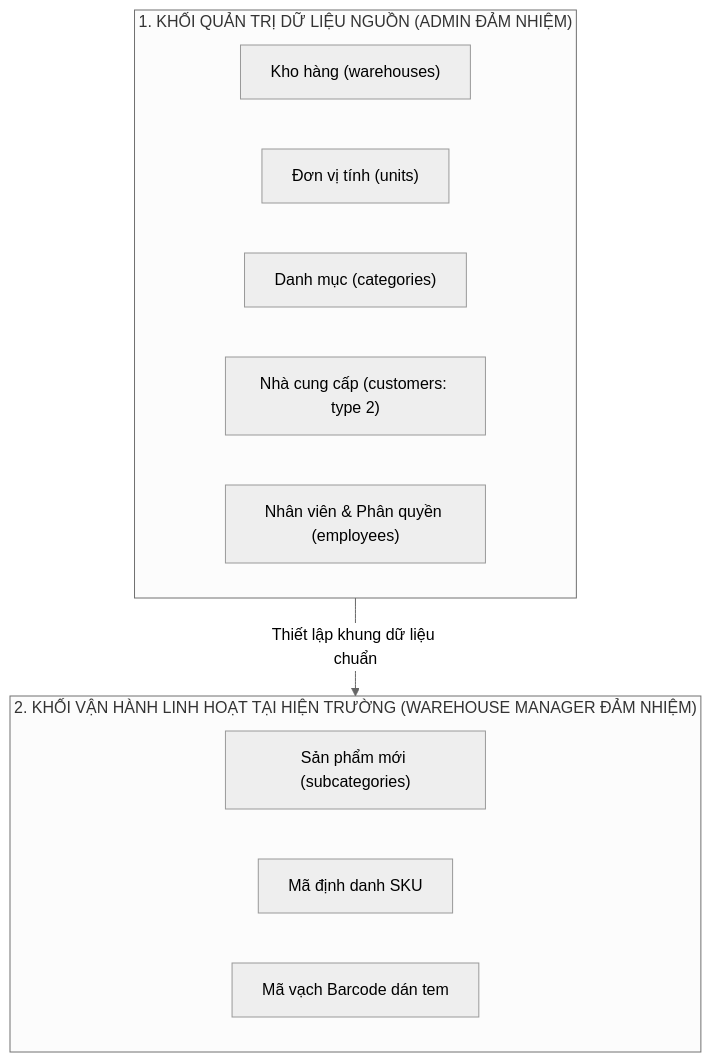
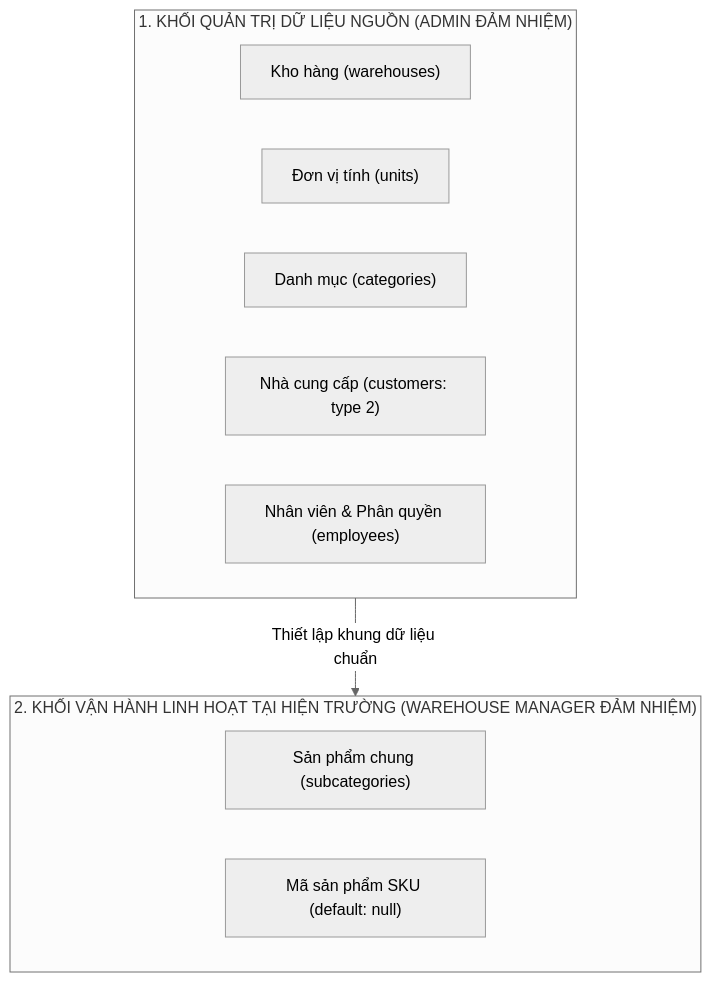
Before and after one commit to hungnm3112/Project-A: the diagram in md/LessonTwo/tu-duy-boc-tach-actor-dfd-level-0.md, drawn with Mermaid (neutral theme). The commit also changed other lines of this file and 13 other files, not shown here.

````diff
--- a/md/LessonTwo/tu-duy-boc-tach-actor-dfd-level-0.md
+++ b/md/LessonTwo/tu-duy-boc-tach-actor-dfd-level-0.md
@@ -47,18 +47,17 @@
 ```mermaid
 flowchart TD
     subgraph Governance["1. KHỐI QUẢN TRỊ DỮ LIỆU NGUỒN (ADMIN ĐẢM NHIỆM)"]
         W["Kho hàng (warehouses)"]
         U["Đơn vị tính (units)"]
         C["Danh mục (categories)"]
         S["Nhà cung cấp (customers: type 2)"]
         E["Nhân viên & Phân quyền (employees)"]
     end
 
     subgraph Operation["2. KHỐI VẬN HÀNH LINH HOẠT TẠI HIỆN TRƯỜNG (WAREHOUSE MANAGER ĐẢM NHIỆM)"]
-        P["Sản phẩm mới (subcategories)"]
-        SKU["Mã định danh SKU"]
-        BAR["Mã vạch Barcode dán tem"]
+        P["Sản phẩm chung (subcategories)"]
+        SKU["Mã sản phẩm SKU (default: null)"]
     end
 
     Governance -->|Thiết lập khung dữ liệu chuẩn| Operation
 ```
````
